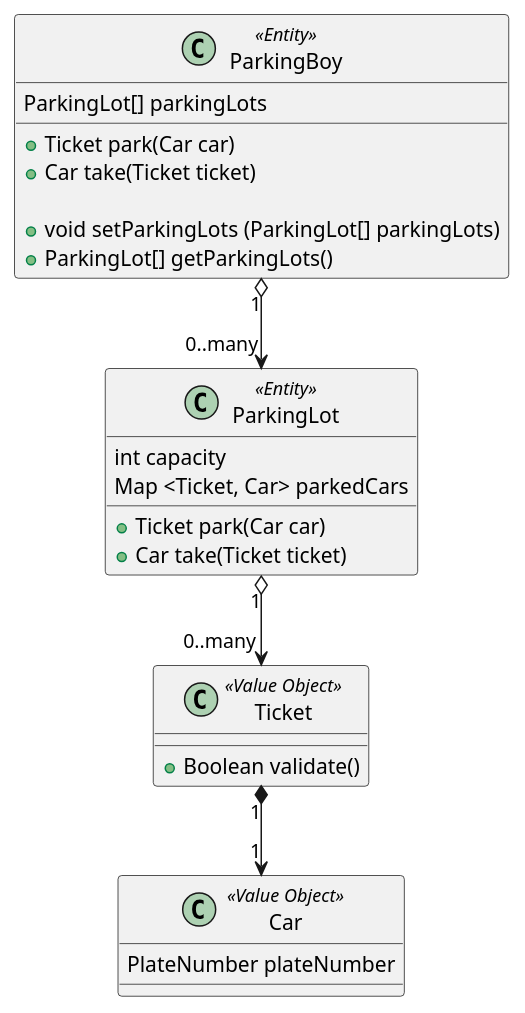
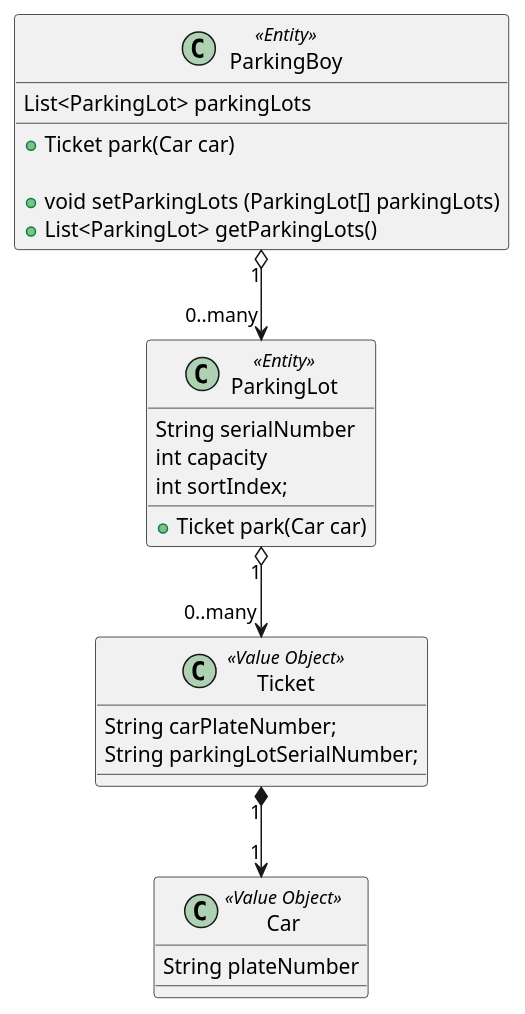
One commit to chenyu530324/ddd-workshop-parkingboy changed the diagram in ParkingLotsManagement.puml. Above: the diagram before and after it, drawn with PlantUML. The commit also changed 3 other files, not shown here.

Commit message:
Update uml and readme.md

```diff
--- a/ParkingLotsManagement.puml
+++ b/ParkingLotsManagement.puml
@@ -1,39 +1,38 @@
 @startuml
 
 
 Class ParkingBoy << Entity >> {
-  ParkingLot[] parkingLots
+  List<ParkingLot> parkingLots
 
   + Ticket park(Car car)
-  + Car take(Ticket ticket)
 
   + void setParkingLots (ParkingLot[] parkingLots)
-  + ParkingLot[] getParkingLots()
+  + List<ParkingLot> getParkingLots()
 }
 
 
 class ParkingLot << Entity >> {
+  String serialNumber
   int capacity 
-  Map <Ticket, Car> parkedCars
-
+  int sortIndex;
   + Ticket park(Car car)
-  + Car take(Ticket ticket)
 }
 
 
 Class Car << Value Object >> {
-    PlateNumber plateNumber
+    String plateNumber
 }
 
 Class Ticket << Value Object >> {
-  + Boolean validate()
+  String carPlateNumber;
+  String parkingLotSerialNumber;
 }
 
 Ticket "1" *--> "1" Car
 ParkingLot "1" o--> "0..many" Ticket
 ParkingBoy "1" o--> "0..many" ParkingLot
 
 
 
 
 @enduml
```
